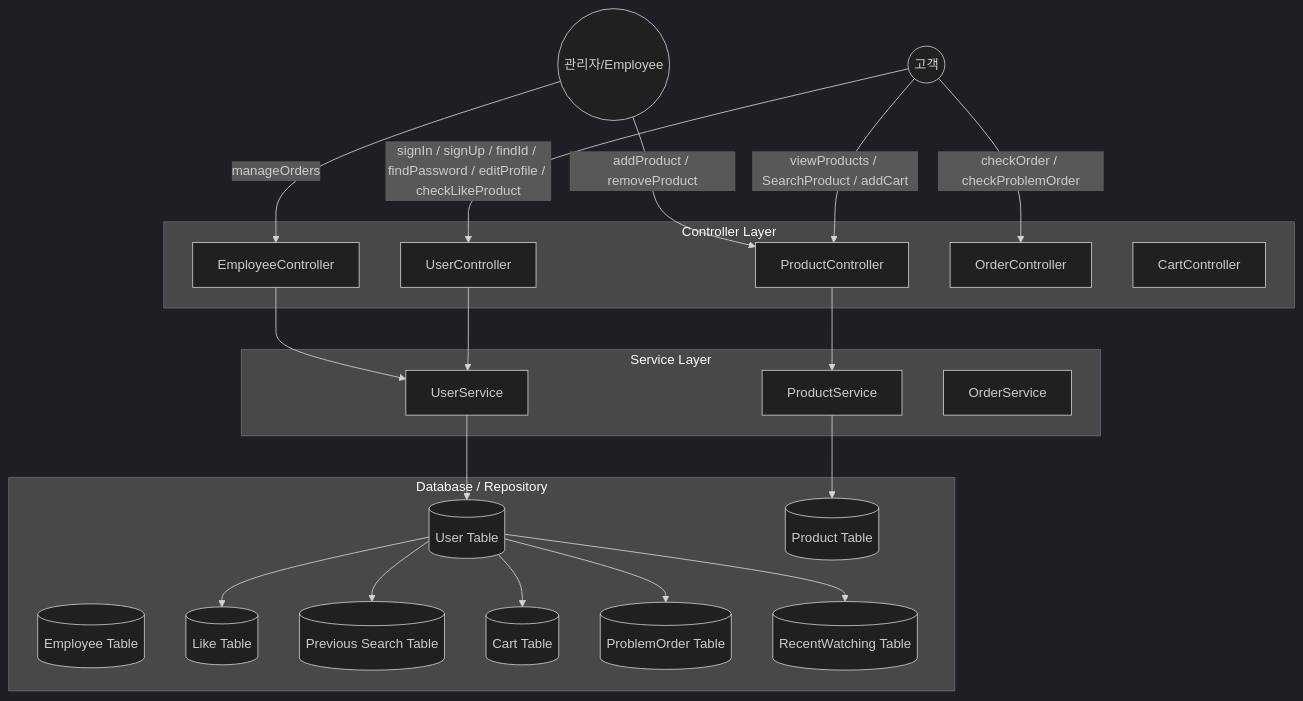
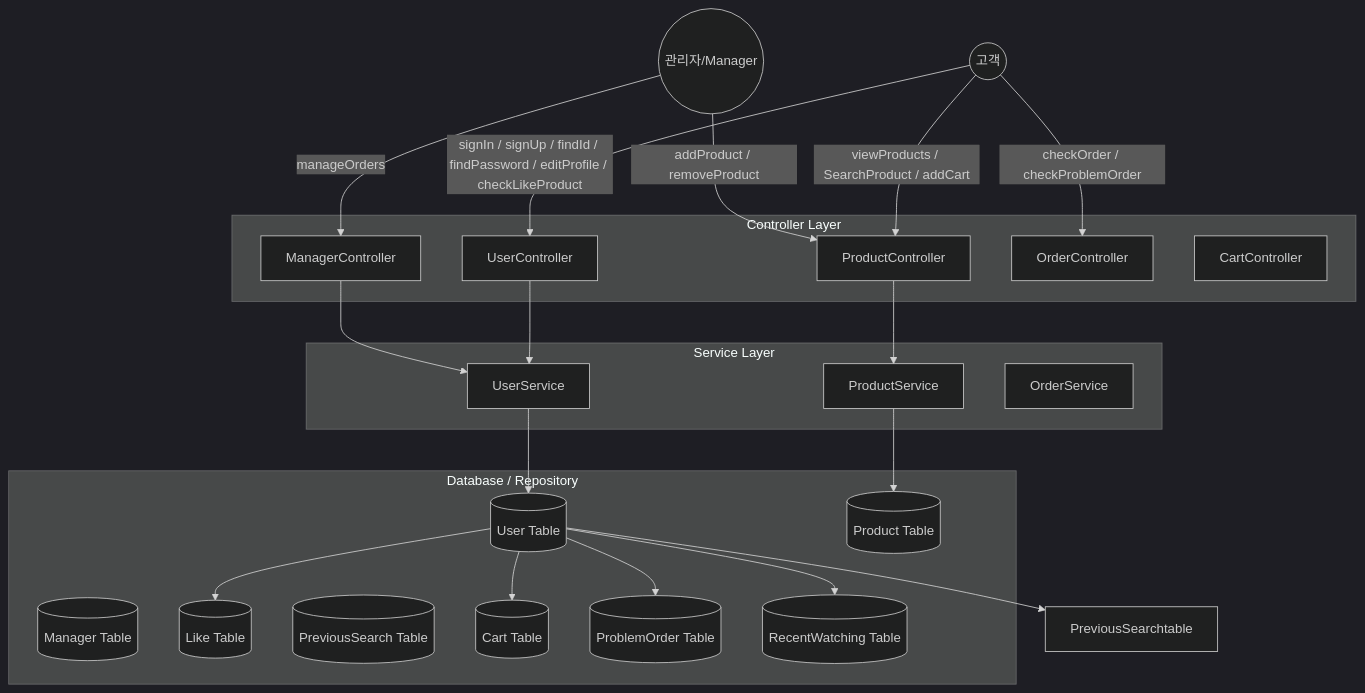
One commit to potatostore/Obsidian changed the diagram in Project/ShoppingMall/ShoppingMall Main System diagram.md. Above: the diagram before and after it, drawn with Mermaid (dark theme).

Commit message:
vault backup: 2026-03-09 14:52:01

````diff
--- a/Project/ShoppingMall/ShoppingMall Main System diagram.md
+++ b/Project/ShoppingMall/ShoppingMall Main System diagram.md
@@ -1,45 +1,45 @@
 ```mermaid
 ---
 config:
 layout: dagre
 ---
 flowchart TB
 	subgraph Controller_Layer["Controller Layer"]
 	UC["UserController"]
-	EC["EmployeeController"]
+	EC["ManagerController"]
 	PC["ProductController"]
 	OC["OrderController"]
 	CC["CartController"] 
 end
   
 subgraph Service_Layer["Service Layer"]
 	US["UserService"]
 	PS["ProductService"]
 	OS["OrderService"]
 end
 
 subgraph DB["Database / Repository"]
 	UserTable[("User Table")]
 	ProdTable[("Product Table")]
-	EmpTable[("Employee Table")]
+	ManTable[("Manager Table")]
 	LikeTable[("Like Table")]
-	PreviousSearchtable[("Previous Search Table")]
+	PreviousSearchTable[("PreviousSearch Table")]
 	CartTable[("Cart Table")]
 	ProblemOrderTable[("ProblemOrder Table")]
 	RecentWatchingTable[("RecentWatching Table")]
 end
 
 User(("고객")) -- signIn / signUp / findId / findPassword / editProfile / checkLikeProduct --> UC
 User -- viewProducts / SearchProduct / addCart --> PC
 User -- checkOrder / checkProblemOrder --> OC
-Admin(("관리자/Employee")) -- manageOrders --> EC
+Admin(("관리자/Manager")) -- manageOrders --> EC
 Admin -- addProduct / removeProduct --> PC
 
 UC --> US
 EC --> US
 PC --> PS
 US --> UserTable
 PS --> ProdTable
 
 UserTable --> LikeTable & PreviousSearchtable & CartTable & ProblemOrderTable & RecentWatchingTable
 ```
````
